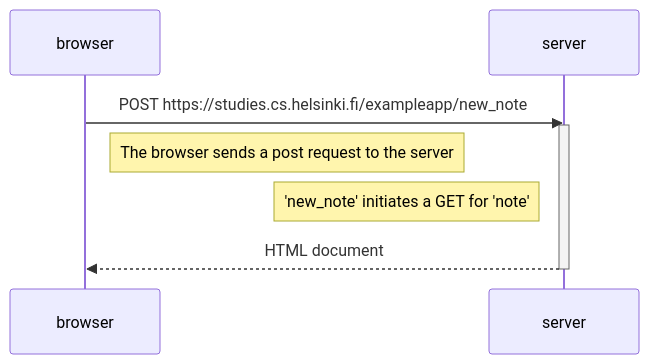
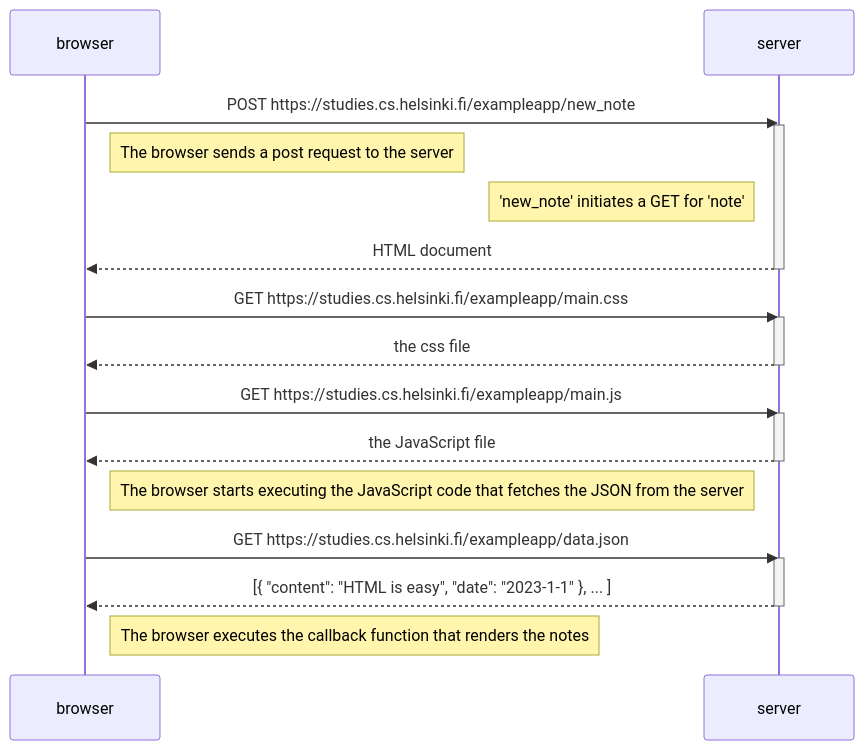
The diagram in osa0/new_note.md (omenakas/FullStackOpen), drawn with Mermaid before and after one commit.

Commit message:
attempt 3

````diff
--- a/osa0/new_note.md
+++ b/osa0/new_note.md
@@ -1,13 +1,31 @@
 ```mermaid
 sequenceDiagram
 	browser->>server: POST https://studies.cs.helsinki.fi/exampleapp/new_note
 	activate server
 
 	Note right of browser: The browser sends a post request to the server
 
 	Note left of server: 'new_note' initiates a GET for 'note'	
 
 	server-->>browser: HTML document
 	deactivate server
+	
+	browser->>server: GET https://studies.cs.helsinki.fi/exampleapp/main.css
+	activate server
+	server-->>browser: the css file
+	deactivate server
+    
+	browser->>server: GET https://studies.cs.helsinki.fi/exampleapp/main.js
+	activate server
+	server-->>browser: the JavaScript file
+	deactivate server
+    
+	Note right of browser: The browser starts executing the JavaScript code that fetches the JSON from the server
+    
+	browser->>server: GET https://studies.cs.helsinki.fi/exampleapp/data.json
+	activate server
+	server-->>browser: [{ "content": "HTML is easy", "date": "2023-1-1" }, ... ]
+	deactivate server    
 
+	Note right of browser: The browser executes the callback function that renders the notes 
 ```
````
